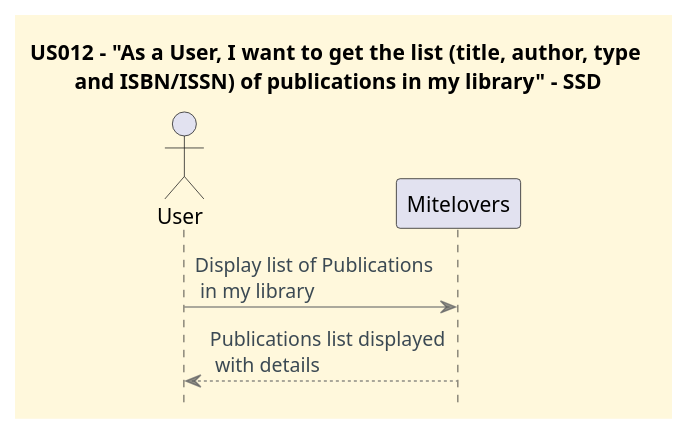
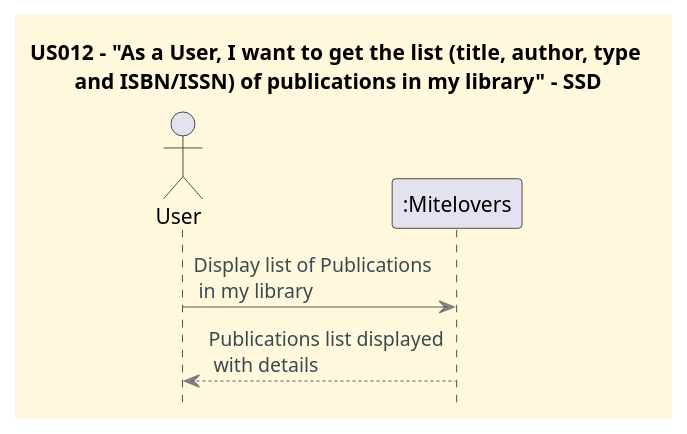
Before and after one commit to CarolinaLeite-collab/JavaMarketplacePlatform: the diagram in docs/userStories/US012/US012_get_list_of_publications_in_my_library_SSD.puml, drawn with PlantUML. The commit also changed 1 other file, not shown here.

Commit message:
#68, #115 - fixed small typos on diagrams

```diff
--- a/docs/userStories/US012/US012_get_list_of_publications_in_my_library_SSD.puml
+++ b/docs/userStories/US012/US012_get_list_of_publications_in_my_library_SSD.puml
@@ -1,37 +1,37 @@
 @startuml
 'https://plantuml.com/sequence-diagram
 '==== basic style ====
 
 'hides unwanted text
 hide stereotype
 
 skinparam monochrome false
 
 skinparam shadowing false
 skinparam defaultFontName Futura
 skinparam objectFontSize 20
 skinparam backgroundColor CornSilk
 skinparam objectBackgroundColor WhiteSmoke
 skinparam noteBackgroundColor #FFFFE0
 skinparam ArrowFontColor #3B4953
 skinparam ArrowColor #57595BAA
 
 'undefined objects
 skinparam object {
   BackgroundColor<<highlight>> 91C6BCAA
   BorderColor<<highlight>> 4B9DA9AA
   FontColor<<highlight>> 547792AA
 }
 skinparam shadowing<<highlight>> false
 hide footbox
 
 title US012 – "As a User, I want to get the list (title, author, type \nand ISBN/ISSN) of publications in my library" - SSD
 
 actor User
-participant "Mitelovers"
+participant ":Mitelovers"
 
-User -> "Mitelovers" : Display list of Publications\n in my library
-"Mitelovers" --> User : Publications list displayed\n with details
+User -> ":Mitelovers" : Display list of Publications\n in my library
+":Mitelovers" --> User : Publications list displayed\n with details
 
 
 @enduml
```
